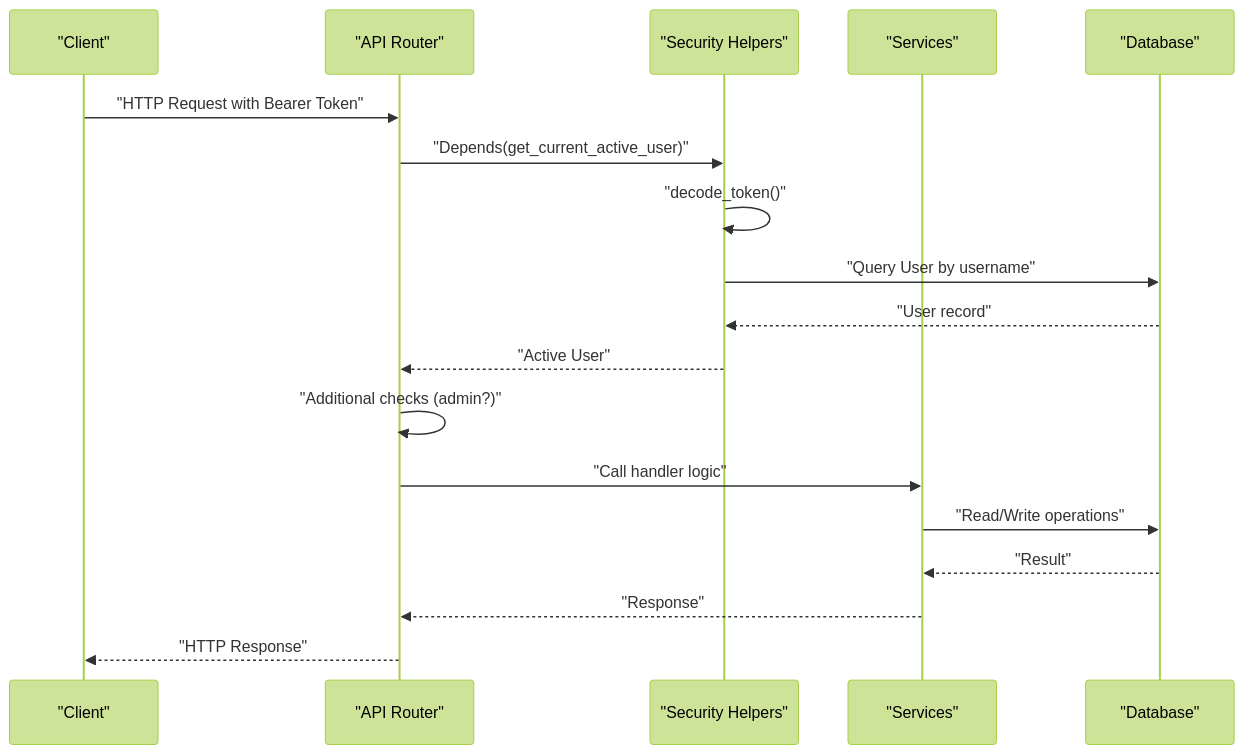
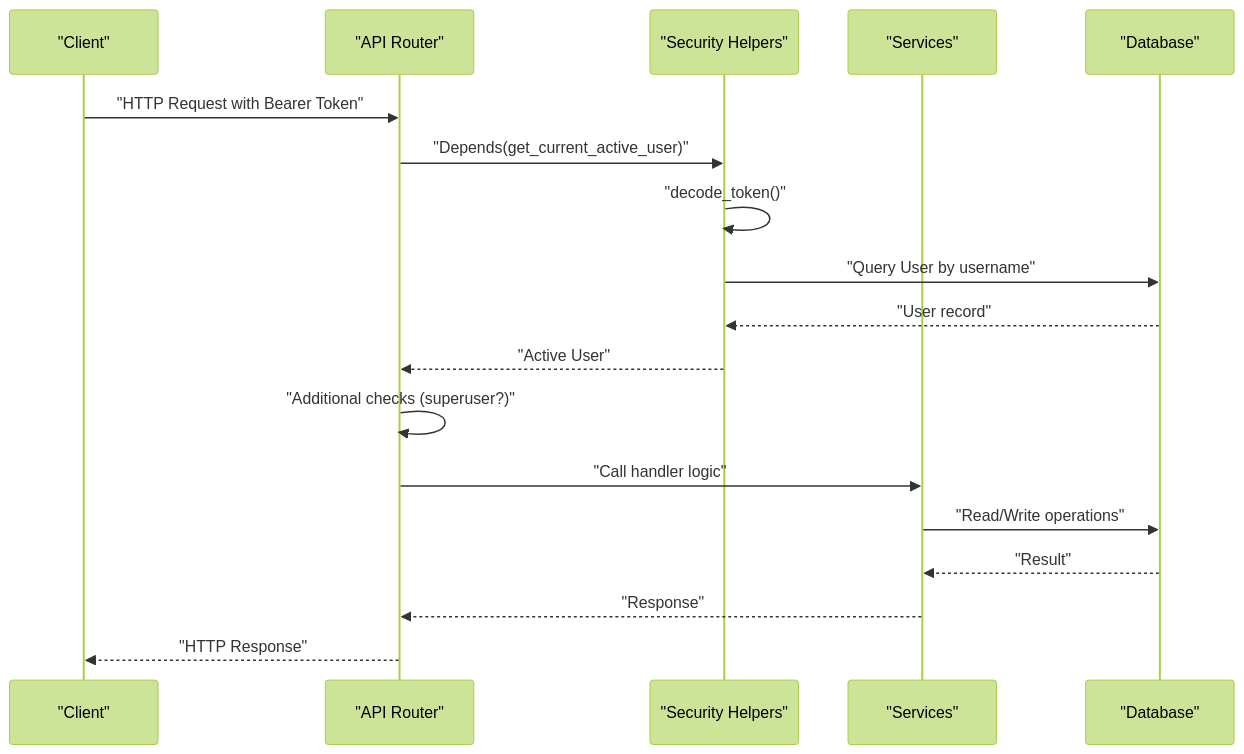
One commit to Nikita5543/New-SSO-02 changed the second of 6 diagrams in .qoder/repowiki/en/content/Authentication & Authorization System/User Roles & Permissions.md. Above: the diagram before and after it, drawn with Mermaid (forest theme). The commit also changed other lines of this file and 4 other files, not shown here.

````diff
--- a/.qoder/repowiki/en/content/Authentication & Authorization System/User Roles & Permissions.md
+++ b/.qoder/repowiki/en/content/Authentication & Authorization System/User Roles & Permissions.md
@@ -118,20 +128,20 @@
 ```mermaid
 sequenceDiagram
 participant Client as "Client"
 participant API as "API Router"
 participant Sec as "Security Helpers"
 participant Svc as "Services"
 participant DB as "Database"
 Client->>API : "HTTP Request with Bearer Token"
 API->>Sec : "Depends(get_current_active_user)"
 Sec->>Sec : "decode_token()"
 Sec->>DB : "Query User by username"
 DB-->>Sec : "User record"
 Sec-->>API : "Active User"
-API->>API : "Additional checks (admin?)"
+API->>API : "Additional checks (superuser?)"
 API->>Svc : "Call handler logic"
 Svc->>DB : "Read/Write operations"
 DB-->>Svc : "Result"
 Svc-->>API : "Response"
 API-->>Client : "HTTP Response"
 ```
````
